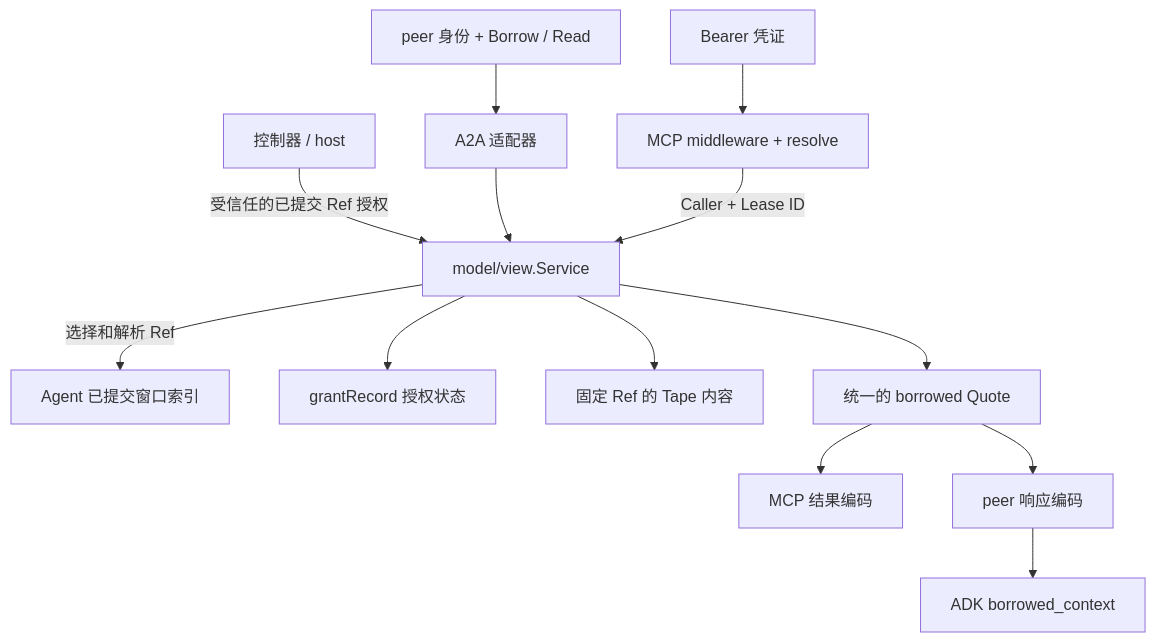
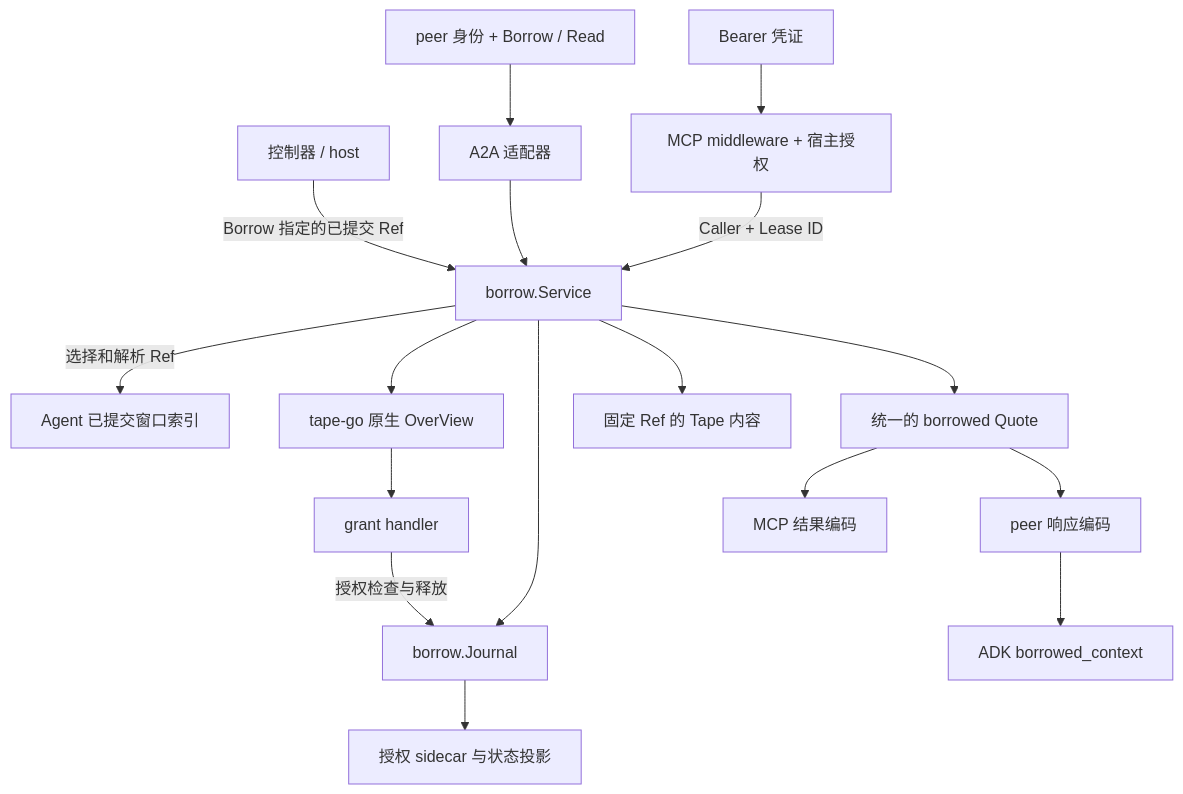
Before and after one commit to anra-studio/anra: the second of 2 diagrams in docs/designs/shared-view-design.md, drawn with Mermaid. The commit also changed other lines of this file and 104 other files, not shown here.

First line of the commit message:
pkg/flow: split borrowing, grant and collaboration flows

````diff
--- a/docs/designs/shared-view-design.md
+++ b/docs/designs/shared-view-design.md
@@ -125,15 +137,19 @@
 ```mermaid
 flowchart TD
-    Controller[控制器 / host] -->|受信任的已提交 Ref 授权| Service[model/view.Service]
+    Controller[控制器 / host] -->|Borrow 指定的已提交 Ref| Service[borrow.Service]
     Peer[peer 身份 + Borrow / Read] --> A2A[A2A 适配器]
     A2A --> Service
-    Token[Bearer 凭证] --> MCP[MCP middleware + resolve]
+    Token[Bearer 凭证] --> MCP[MCP middleware + 宿主授权]
     MCP -->|Caller + Lease ID| Service
     Service -->|选择和解析 Ref| Agent[Agent 已提交窗口索引]
-    Service --> GrantRecord[grantRecord 授权状态]
+    Service --> Binding[tape-go 原生 OverView]
+    Binding --> Grant[grant handler]
+    Service --> Journal[borrow.Journal]
+    Grant -->|授权检查与释放| Journal
+    Journal --> Sidecar[授权 sidecar 与状态投影]
     Service --> Tape[固定 Ref 的 Tape 内容]
     Service --> Quote[统一的 borrowed Quote]
     Quote --> MCPResponse[MCP 结果编码]
     Quote --> PeerResponse[peer 响应编码]
     PeerResponse --> Tool[ADK borrowed_context]
 ```
````
